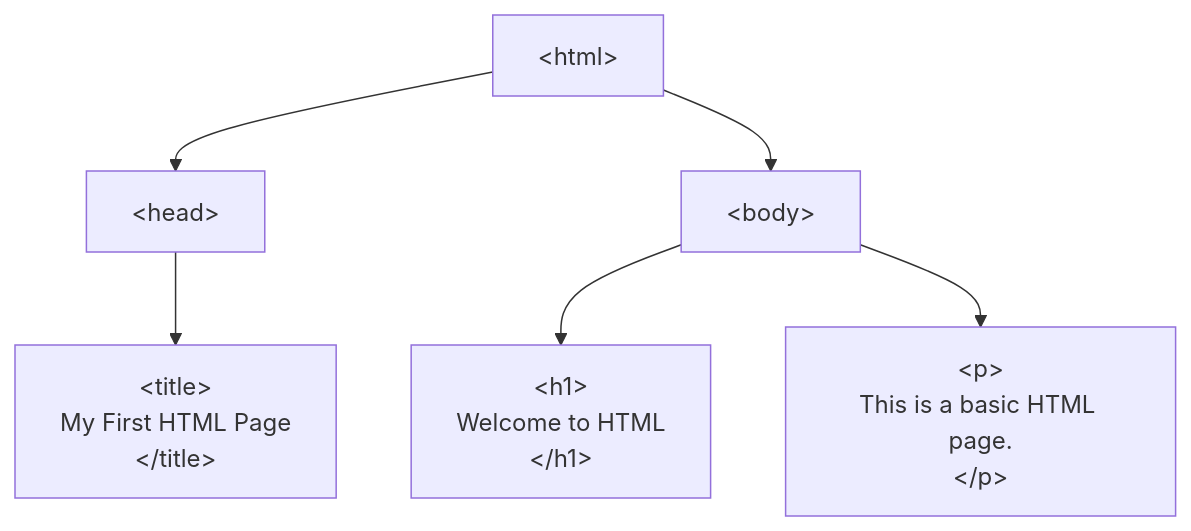
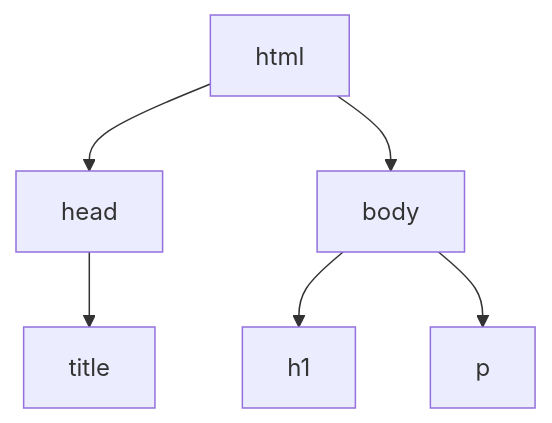
The diagram in html-basic.md (PrashDev425/html-11), drawn with Mermaid before and after one commit.

Commit message:
Update HTML Basic document structure and content

````diff
--- a/html-basic.md
+++ b/html-basic.md
@@ -115,15 +115,15 @@
 ```mermaid
 graph TD
-    A["&lt;html&gt;"]
-    B["&lt;head&gt;"]
-    C["&lt;title&gt;\nMy First HTML Page\n&lt;/title&gt;"]
-    D["&lt;body&gt;"]
-    E["&lt;h1&gt;\nWelcome to HTML\n&lt;/h1&gt;"]
-    F["&lt;p&gt;\nThis is a basic HTML page.\n&lt;/p&gt;"]
+    A["html"]
+    B["head"]
+    C["title"]
+    D["body"]
+    E["h1"]
+    F["p"]
 
     A --> B
     A --> D
     B --> C
     D --> E
     D --> F
 ```
````
